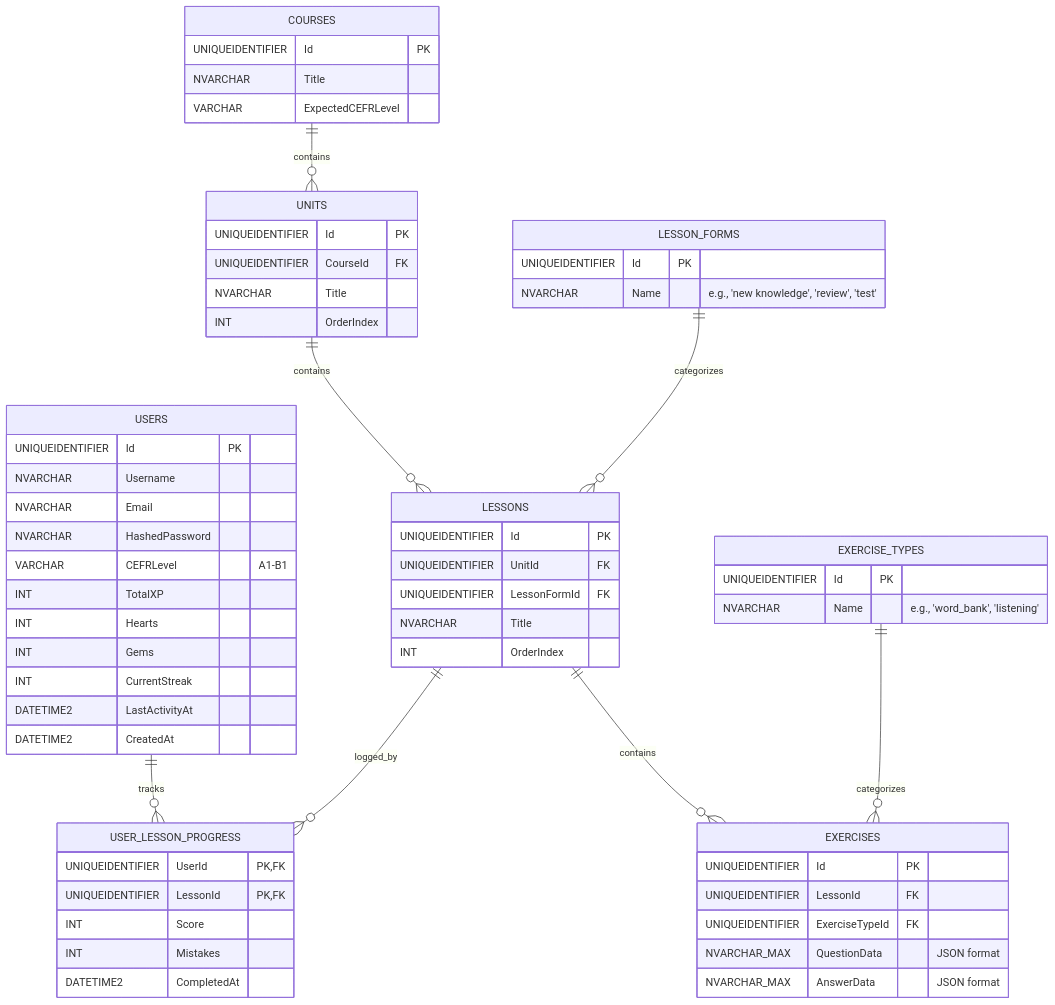
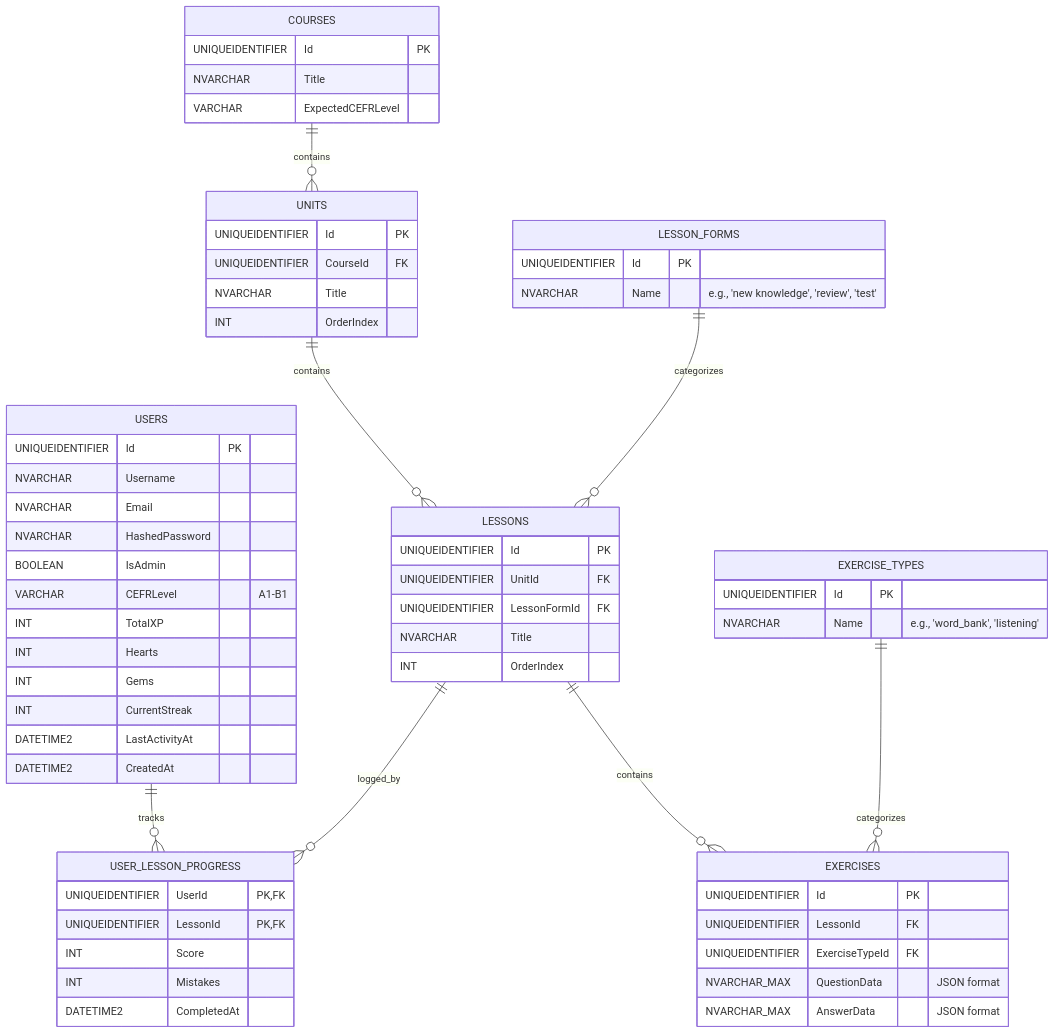
Before and after one commit to hungvult/english_learning_platform: the diagram in Database.md, drawn with Mermaid.

Commit message:
add isAdmin

````diff
--- a/Database.md
+++ b/Database.md
@@ -1,65 +1,66 @@
 ```mermaid
 erDiagram
     USERS ||--o{ USER_LESSON_PROGRESS : tracks
     COURSES ||--o{ UNITS : contains
     UNITS ||--o{ LESSONS : contains
     LESSON_FORMS ||--o{ LESSONS : categorizes
     EXERCISE_TYPES ||--o{ EXERCISES : categorizes
     LESSONS ||--o{ EXERCISES : contains
     LESSONS ||--o{ USER_LESSON_PROGRESS : logged_by
 
     USERS {
         UNIQUEIDENTIFIER Id PK
         NVARCHAR Username
         NVARCHAR Email
         NVARCHAR HashedPassword
+        BOOLEAN IsAdmin
         VARCHAR CEFRLevel "A1-B1"
         INT TotalXP
         INT Hearts
         INT Gems
         INT CurrentStreak
         DATETIME2 LastActivityAt
         DATETIME2 CreatedAt
     }
     COURSES {
         UNIQUEIDENTIFIER Id PK
         NVARCHAR Title
         VARCHAR ExpectedCEFRLevel
     }
     UNITS {
         UNIQUEIDENTIFIER Id PK
         UNIQUEIDENTIFIER CourseId FK
         NVARCHAR Title
         INT OrderIndex
     }
     LESSON_FORMS {
         UNIQUEIDENTIFIER Id PK
         NVARCHAR Name "e.g., 'new knowledge', 'review', 'test'"
     }
     LESSONS {
         UNIQUEIDENTIFIER Id PK
         UNIQUEIDENTIFIER UnitId FK
         UNIQUEIDENTIFIER LessonFormId FK
         NVARCHAR Title
         INT OrderIndex
     }
     EXERCISE_TYPES {
         UNIQUEIDENTIFIER Id PK
         NVARCHAR Name "e.g., 'word_bank', 'listening'"
     }
     EXERCISES {
         UNIQUEIDENTIFIER Id PK
         UNIQUEIDENTIFIER LessonId FK
         UNIQUEIDENTIFIER ExerciseTypeId FK
         NVARCHAR_MAX QuestionData "JSON format"
         NVARCHAR_MAX AnswerData "JSON format"
     }
     USER_LESSON_PROGRESS {
         UNIQUEIDENTIFIER UserId PK, FK
         UNIQUEIDENTIFIER LessonId PK, FK
         INT Score
         INT Mistakes
         DATETIME2 CompletedAt
     }
 
 ```
````
